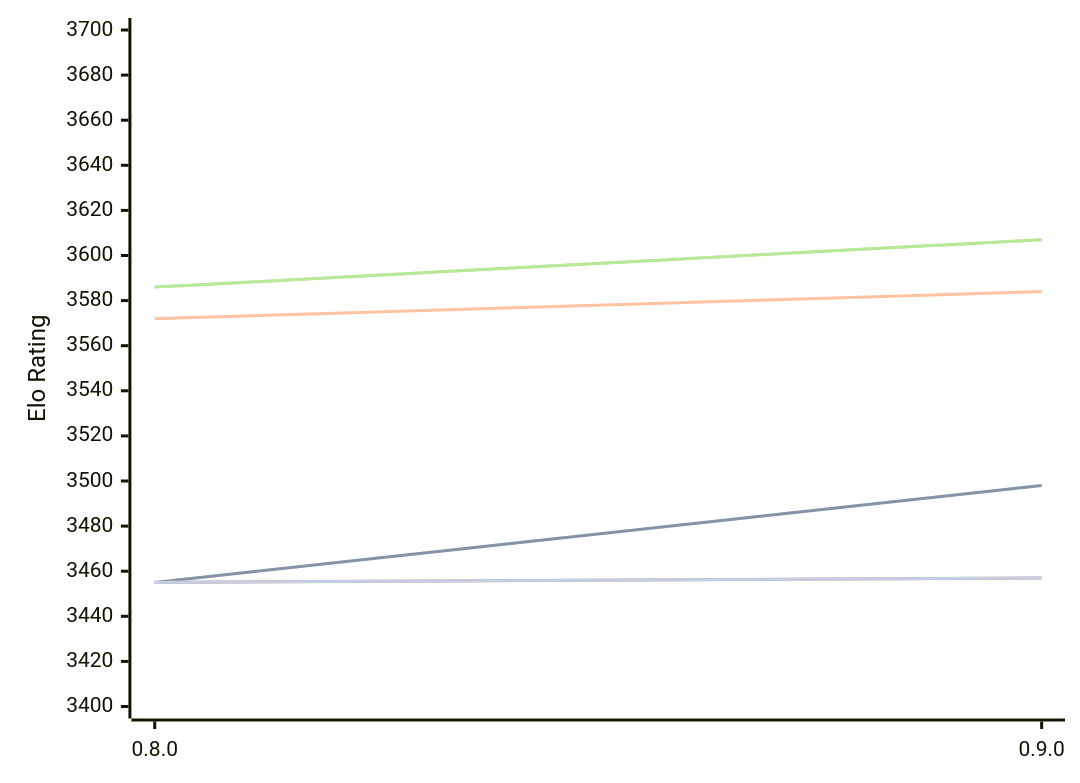
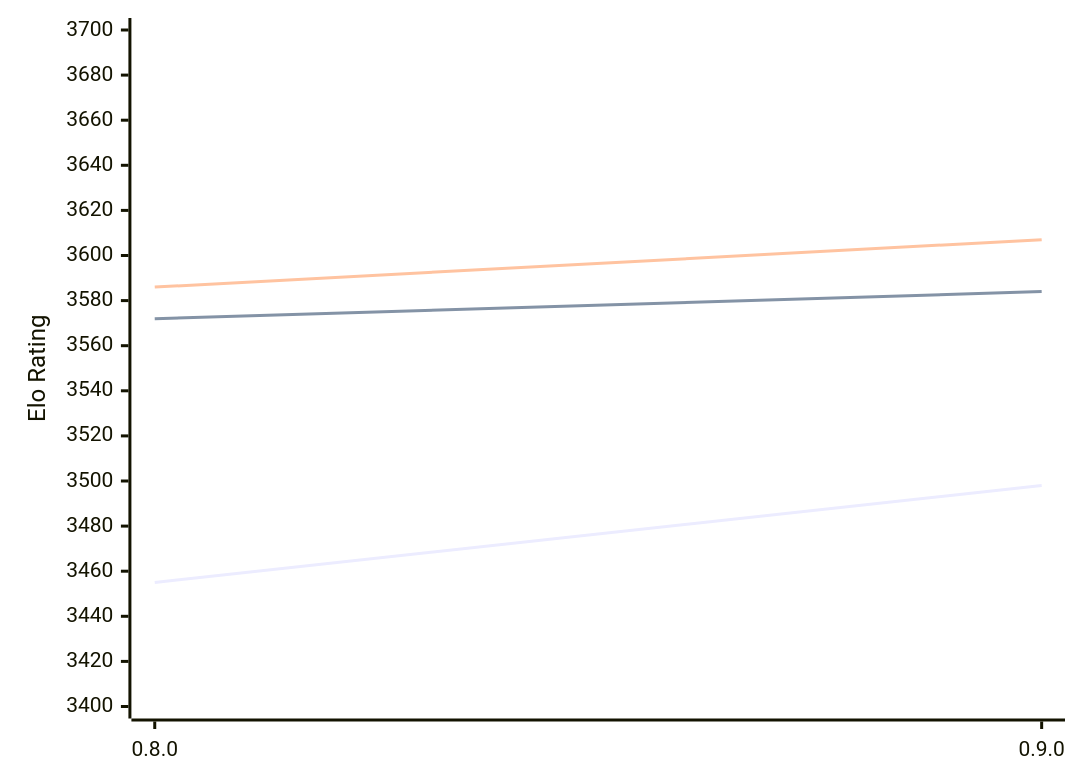
One commit to computer-chess-index/cci changed the diagram in engines/Reckless.md. Above: the diagram before and after it, drawn with Mermaid. The commit also changed other lines of this file, not shown here.

````diff
--- a/engines/Reckless.md
+++ b/engines/Reckless.md
@@ -48,13 +48,9 @@
 ```mermaid
 %%{init: {"theme":"base","themeVariables":{"seriesColors:['#a3a3a3','#222221','#faa371']}}}%%
 xychart-beta
   x-axis ["0.8.0", "0.9.0"]
   y-axis "Elo Rating" 3400 --> 3700
-  line "" [3455, 3498]
   line "T1: STC (8.0+0.08s)" [3455, 3498]
   line "T1: LTC (60.0+0.60s)" [3572, 3584]
-  line "" [3586, 3607]
   line "T1: VLTC (2m24s+1.12s)" [3586, 3607]
-  line "" [3455,3457]
-  line "E1: STC (8.0+0.08s)" [3455,3457]
 ```
````
